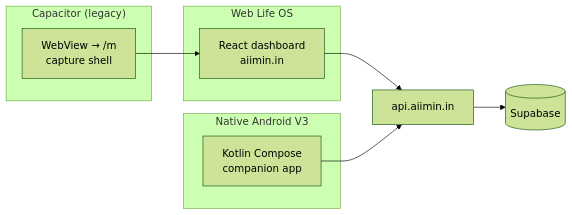
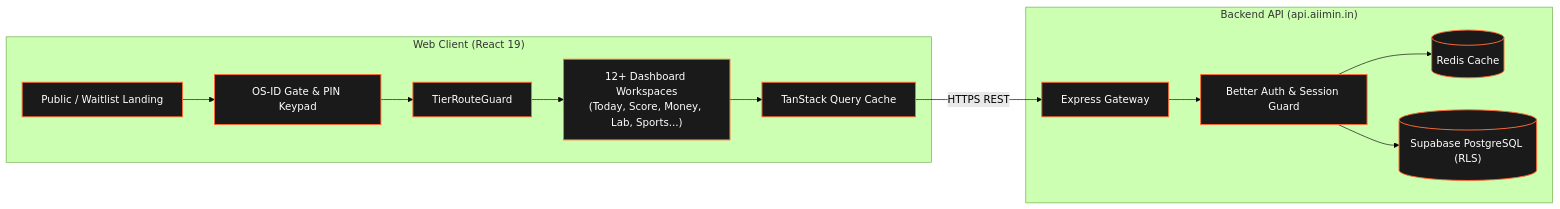
The second of 3 diagrams in README.md (Addy48/AIIMIN), drawn with Mermaid (forest theme) before and after one commit. The commit also changed other lines of this file, not shown here.

Commit message:
docs(readme): embed three-client architecture diagrams, visualizer, and monorepo topology

````diff
--- a/README.md
+++ b/README.md
@@ -24,18 +98,19 @@
 ```mermaid
 flowchart LR
-  subgraph web["Web Life OS"]
-    W[React dashboard<br/>aiimin.in]
+  subgraph CLIENT["Web Client (React 19)"]
+    L["Public / Waitlist Landing"] --> G["OS-ID Gate & PIN Keypad"]
+    G --> R["TierRouteGuard"]
+    R --> W["12+ Dashboard Workspaces<br/>(Today, Score, Money, Lab, Sports...)"]
+    W --> Q["TanStack Query Cache"]
   end
-  subgraph cap["Capacitor (legacy)"]
-    C[WebView → /m<br/>capture shell]
+
+  subgraph SERVER["Backend API (api.aiimin.in)"]
+    Q -->|HTTPS REST| API["Express Gateway"]
+    API --> AUTH["Better Auth & Session Guard"]
+    AUTH --> CACHE[("Redis Cache")]
+    AUTH --> DB[("Supabase PostgreSQL (RLS)")]
   end
-  subgraph nat["Native Android V3"]
-    N[Kotlin Compose<br/>companion app]
-  end
-  API[api.aiimin.in]
-  DB[(Supabase)]
-  W --> API
-  C --> W
-  N --> API
-  API --> DB
+
+  classDef box fill:#1a1a1a,stroke:#ff6b35,stroke-width:1.5px,color:#fff;
+  class L,G,R,W,Q,API,AUTH,CACHE,DB box;
 ```
````
